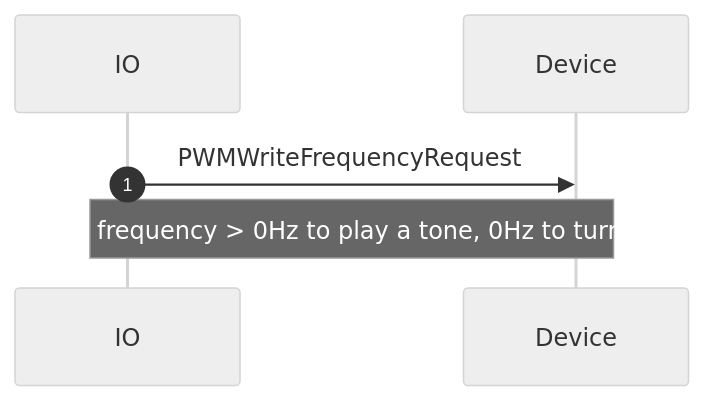
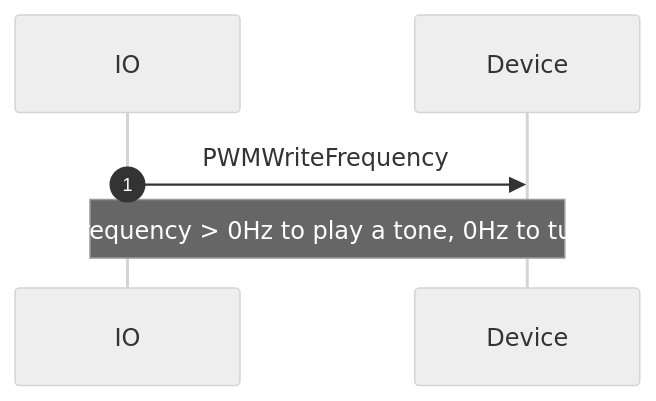
One commit to adafruit/Wippersnapper_Protobuf changed the seventh of 10 diagrams in proto/wippersnapper/docs/pwm.md. Above: the diagram before and after it, drawn with Mermaid (neutral theme). The commit also changed other lines of this file and 6 other files, not shown here.

````diff
--- a/proto/wippersnapper/docs/pwm.md
+++ b/proto/wippersnapper/docs/pwm.md
@@ -93,6 +93,6 @@
 ```mermaid
 sequenceDiagram
 autonumber
-IO->>Device: PWMWriteFrequencyRequest
+IO->>Device: PWMWriteFrequency
 Note over IO, Device: Any frequency > 0Hz to play a tone, 0Hz to turn off
 ```
````
